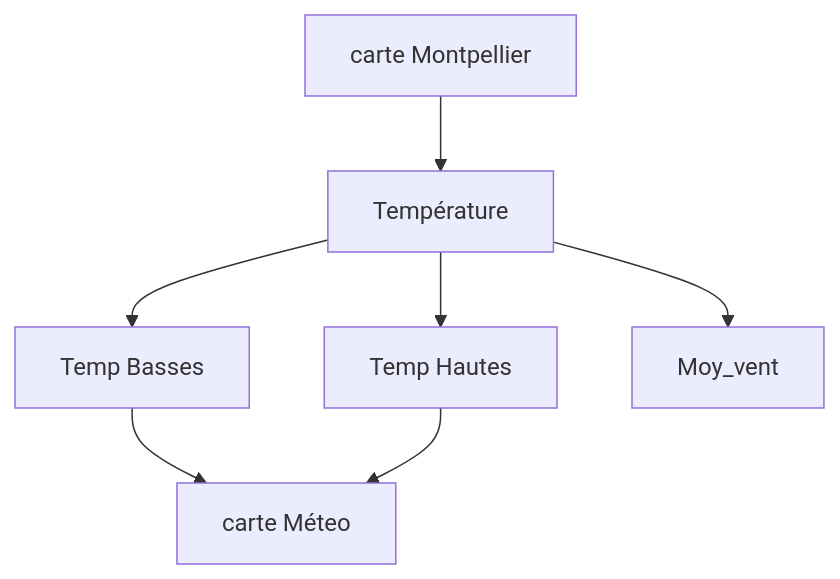
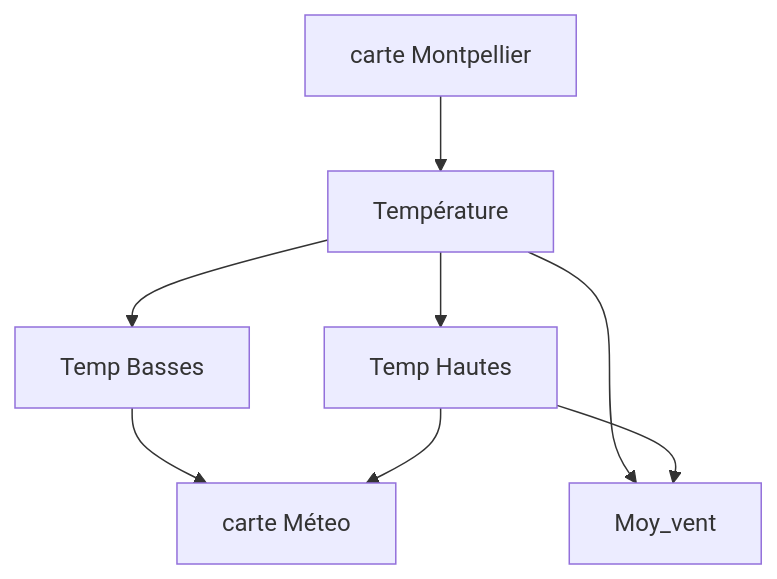
The diagram in README.md (Thiziriinfo/Montpellier_Weather), drawn with Mermaid before and after one commit.

````diff
--- a/README.md
+++ b/README.md
@@ -7,10 +7,11 @@
 ```mermaid
 flowchart TD
     A[carte Montpellier ] --> B[Température ]
     B --> D[Temp Hautes]
     B --> E[Temp Basses]
     B --> C[Moy_vent ]
 
     E --> G[carte Méteo ]
     D --> G
+    D --> C
 ```
````
